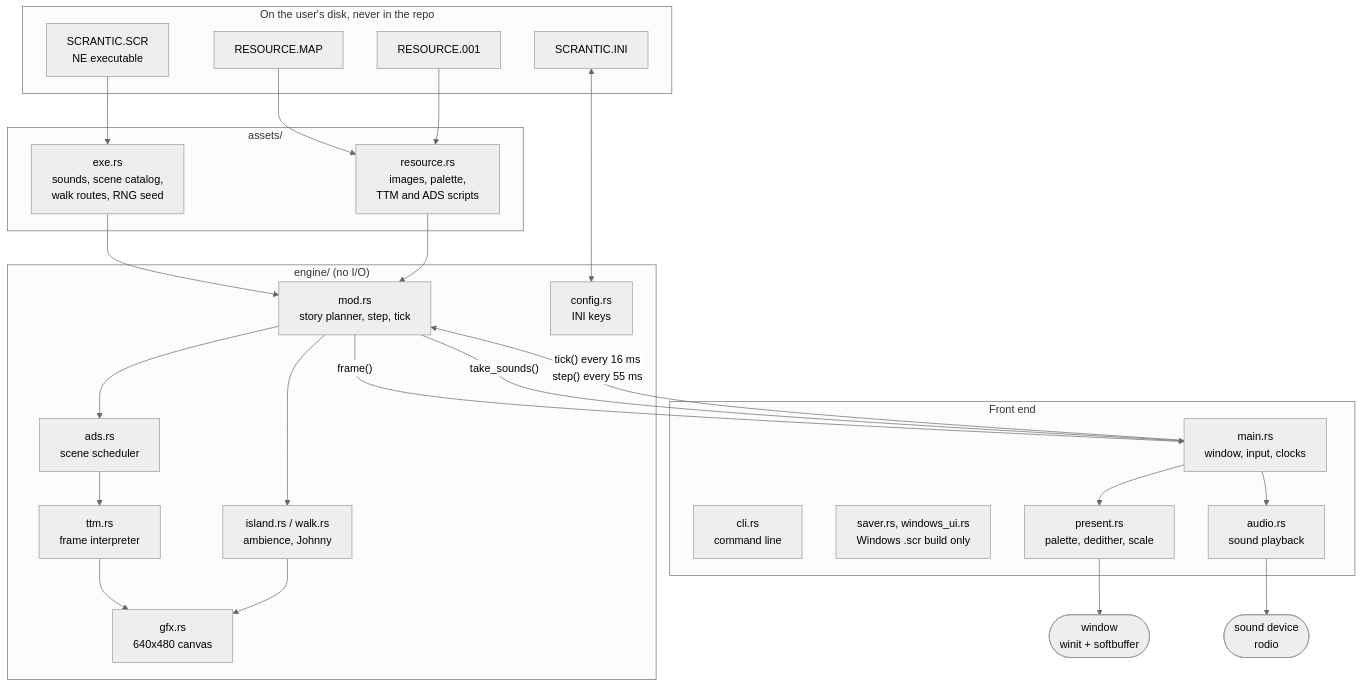
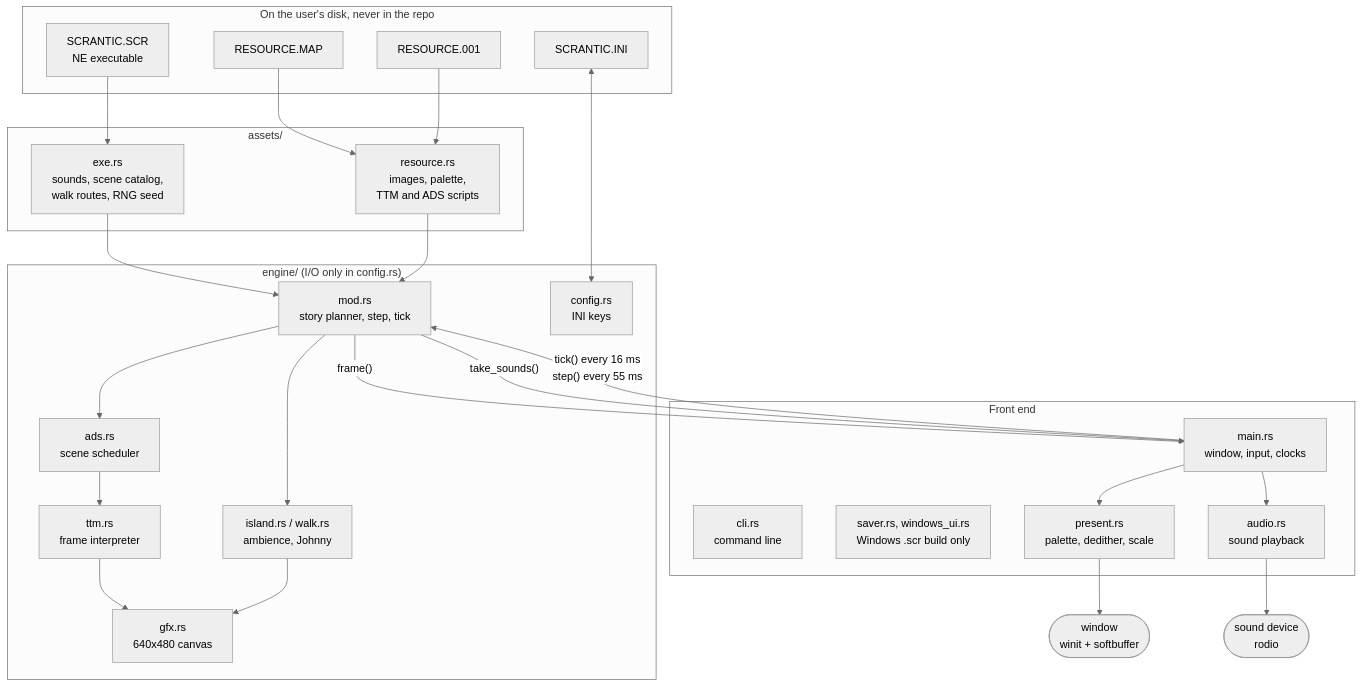
One commit to glauberlima/open-scrantic changed the first of 13 diagrams in docs/DIAGRAMS.md. Above: the diagram before and after it, drawn with Mermaid (neutral theme). The commit also changed 7 other files, not shown here.

````diff
--- a/docs/DIAGRAMS.md
+++ b/docs/DIAGRAMS.md
@@ -27,44 +27,44 @@
 ```mermaid
 flowchart TB
     subgraph disk["On the user's disk, never in the repo"]
         scr["SCRANTIC.SCR<br/>NE executable"]
         map["RESOURCE.MAP"]
         res["RESOURCE.001"]
         ini["SCRANTIC.INI"]
     end
 
     subgraph assets["assets/"]
         exe["exe.rs<br/>sounds, scene catalog,<br/>walk routes, RNG seed"]
         resource["resource.rs<br/>images, palette,<br/>TTM and ADS scripts"]
     end
 
-    subgraph engine["engine/ (no I/O)"]
+    subgraph engine["engine/ (I/O only in config.rs)"]
         story["mod.rs<br/>story planner, step, tick"]
         ads["ads.rs<br/>scene scheduler"]
         ttm["ttm.rs<br/>frame interpreter"]
         island["island.rs / walk.rs<br/>ambience, Johnny"]
         gfx["gfx.rs<br/>640x480 canvas"]
         config["config.rs<br/>INI keys"]
     end
 
     subgraph front["Front end"]
         main["main.rs<br/>window, input, clocks"]
         cli["cli.rs<br/>command line"]
         saver["saver.rs, windows_ui.rs<br/>Windows .scr build only"]
         present["present.rs<br/>palette, dedither, scale"]
         audio["audio.rs<br/>sound playback"]
     end
 
     scr --> exe
     map --> resource
     res --> resource
     ini <--> config
     exe --> story
     resource --> story
     story --> ads --> ttm --> gfx
     story --> island --> gfx
     main -->|"tick() every 16 ms<br/>step() every 55 ms"| story
     story -->|"frame()"| main
     main --> present --> win(["window<br/>winit + softbuffer"])
     story -->|"take_sounds()"| main --> audio --> dev(["sound device<br/>rodio"])
 ```
````
